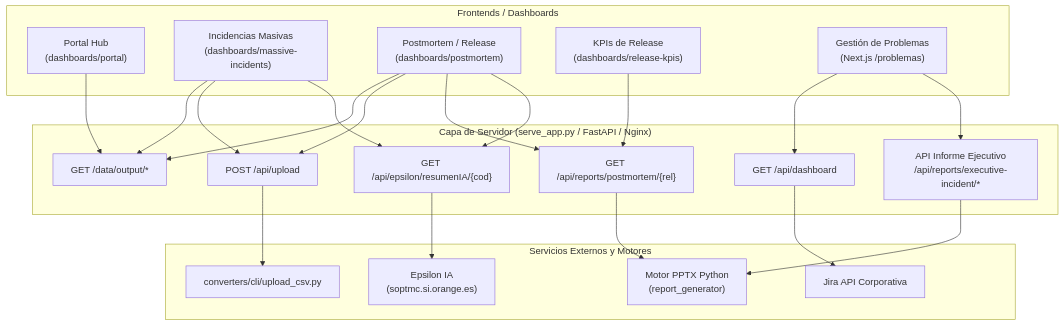
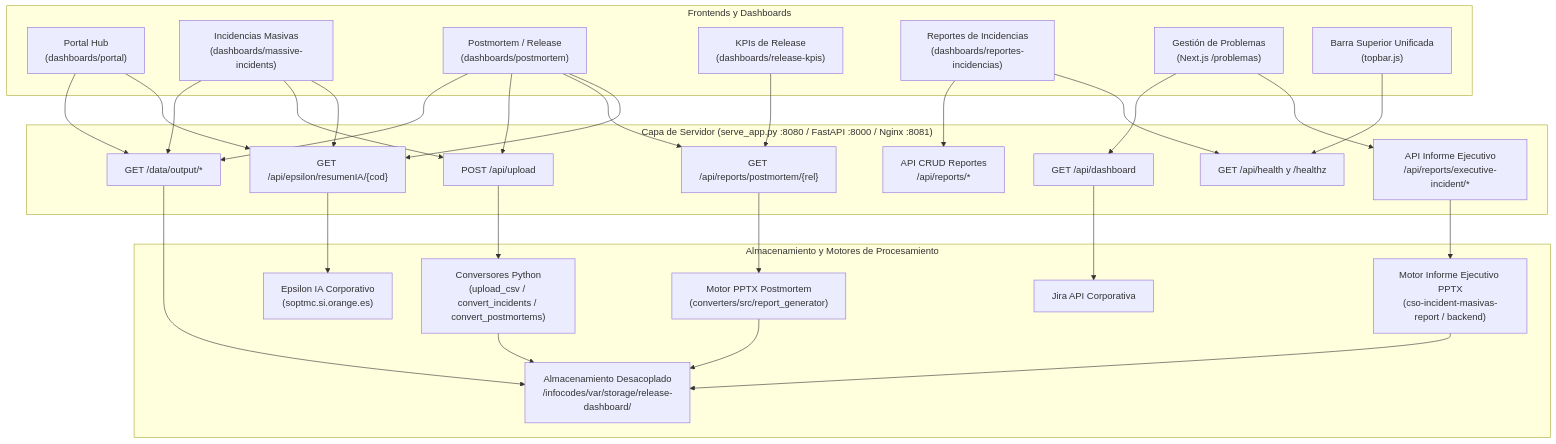
One commit to jfdelafuente/release-dashboard-application changed the diagram in docs/DASHBOARDS-API.md. Above: the diagram before and after it, drawn with Mermaid. The commit also changed other lines of this file, not shown here.

Commit message:
docs: actualizar DASHBOARDS-API.md alineandolo con storage desacoplado, reportes y puertos reales

````diff
--- a/docs/DASHBOARDS-API.md
+++ b/docs/DASHBOARDS-API.md
@@ -9,46 +18,60 @@
 ```mermaid
 flowchart TD
-    subgraph Frontend["Frontends / Dashboards"]
+    subgraph Frontend["Frontends y Dashboards"]
         P["Portal Hub<br/>(dashboards/portal)"]
         MI["Incidencias Masivas<br/>(dashboards/massive-incidents)"]
         PM["Postmortem / Release<br/>(dashboards/postmortem)"]
         RK["KPIs de Release<br/>(dashboards/release-kpis)"]
+        RI["Reportes de Incidencias<br/>(dashboards/reportes-incidencias)"]
         GP["Gestión de Problemas<br/>(Next.js /problemas)"]
+        TB["Barra Superior Unificada<br/>(topbar.js)"]
     end
 
-    subgraph Backend["Capa de Servidor (serve_app.py / FastAPI / Nginx)"]
+    subgraph Backend["Capa de Servidor (serve_app.py :8080 / FastAPI :8000 / Nginx :8081)"]
         UPL["POST /api/upload"]
         PPT["GET /api/reports/postmortem/{rel}"]
         EXEC["API Informe Ejecutivo<br/>/api/reports/executive-incident/*"]
+        REP_CRUD["API CRUD Reportes<br/>/api/reports/*"]
         EPS["GET /api/epsilon/resumenIA/{cod}"]
+        HLTH["GET /api/health y /healthz"]
         JIRA["GET /api/dashboard"]
         DATA["GET /data/output/*"]
     end
 
-    subgraph External["Servicios Externos y Motores"]
-        CONV["converters/cli/upload_csv.py"]
-        PPT_ENG["Motor PPTX Python<br/>(report_generator)"]
-        EPS_SVC["Epsilon IA<br/>(soptmc.si.orange.es)"]
+    subgraph StorageAndEngines["Almacenamiento y Motores de Procesamiento"]
+        CONV["Conversores Python<br/>(upload_csv / convert_incidents / convert_postmortems)"]
+        STORAGE["Almacenamiento Desacoplado<br/>/infocodes/var/storage/release-dashboard/"]
+        PPT_ENG["Motor PPTX Postmortem<br/>(converters/src/report_generator)"]
+        EXEC_ENG["Motor Informe Ejecutivo PPTX<br/>(cso-incident-masivas-report / backend)"]
+        EPS_SVC["Epsilon IA Corporativo<br/>(soptmc.si.orange.es)"]
         JIRA_SVC["Jira API Corporativa"]
     end
 
     %% Conexiones Frontend -> Backend
     P --> DATA
+    P --> EPS
     MI --> DATA
     MI --> UPL
     MI --> EPS
     PM --> DATA
     PM --> UPL
     PM --> PPT
     PM --> EPS
     RK --> PPT
+    RI --> REP_CRUD
+    RI --> HLTH
     GP --> JIRA
     GP --> EXEC
+    TB --> HLTH
 
-    %% Conexiones Backend -> Motores
+    %% Conexiones Backend -> Motores / Almacenamiento
     UPL --> CONV
+    CONV --> STORAGE
+    DATA --> STORAGE
     PPT --> PPT_ENG
-    EXEC --> PPT_ENG
+    PPT_ENG --> STORAGE
+    EXEC --> EXEC_ENG
+    EXEC_ENG --> STORAGE
     EPS --> EPS_SVC
     JIRA --> JIRA_SVC
 ```
````
